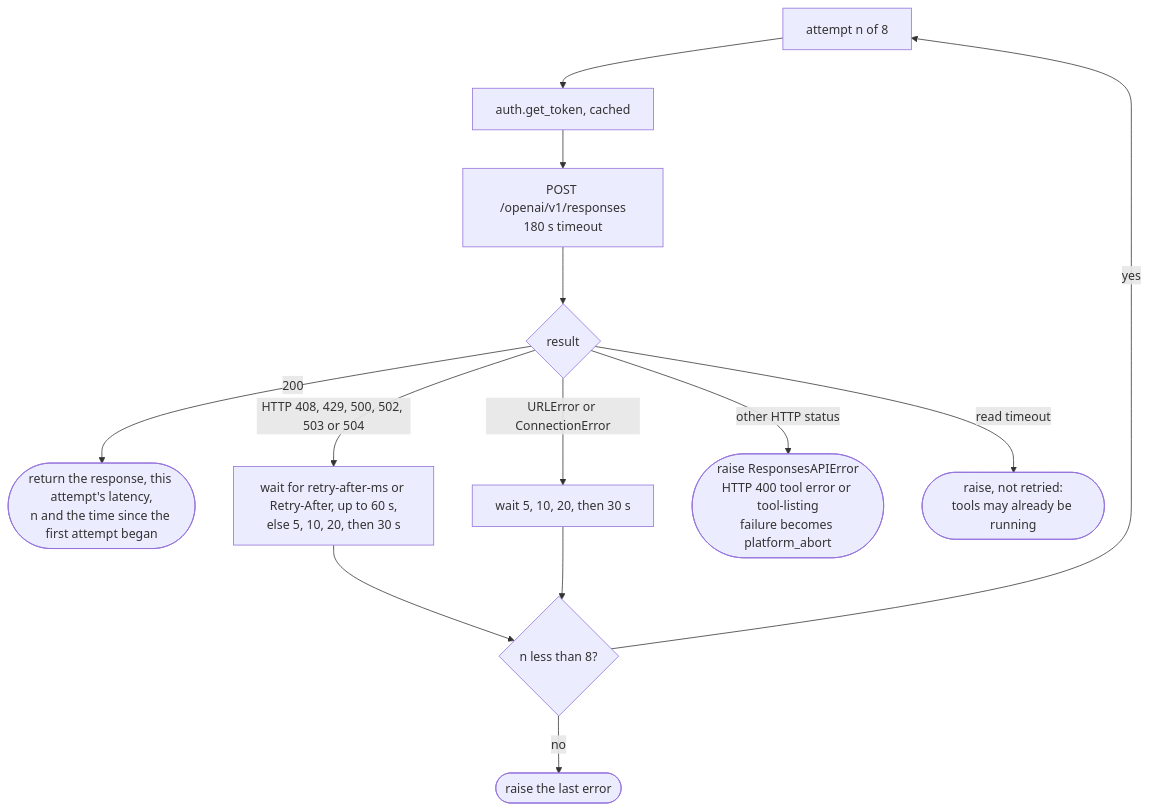
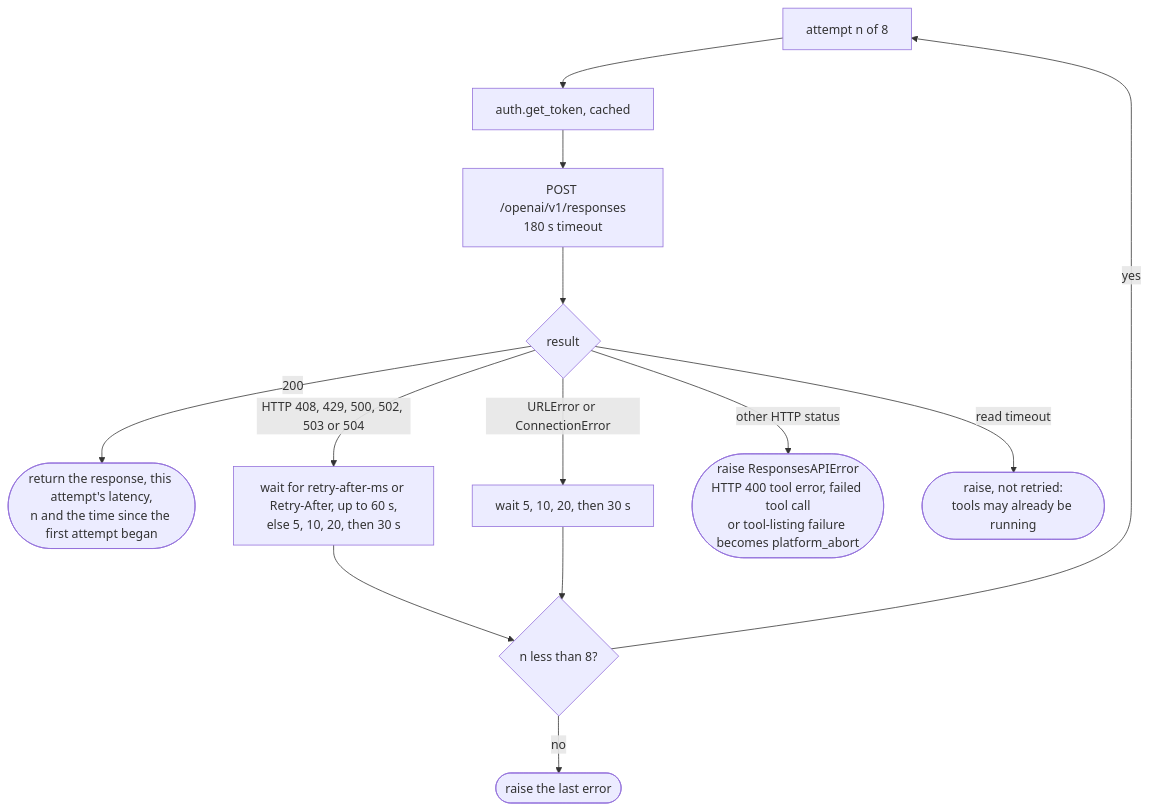
The tenth of 17 diagrams in docs/architecture.md (bradrlaw/foundryToolboxEval), drawn with Mermaid before and after one commit. The commit also changed other lines of this file and 9 other files, not shown here.

First line of the commit message:
Report failed tool calls as tool_call_failed; keep MCP servers warm

````diff
--- a/docs/architecture.md
+++ b/docs/architecture.md
@@ -509,14 +520,14 @@
 ```mermaid
 flowchart TD
     a["attempt n of 8"] --> tok["auth.get_token, cached"] --> post["POST /openai/v1/responses<br/>180 s timeout"]
     post --> r{"result"}
     r -->|"200"| ok(["return the response, this attempt's latency,<br/>n and the time since the first attempt began"])
     r -->|"HTTP 408, 429, 500, 502, 503 or 504"| hint["wait for retry-after-ms or Retry-After, up to 60 s,<br/>else 5, 10, 20, then 30 s"]
     r -->|"URLError or ConnectionError"| back["wait 5, 10, 20, then 30 s"]
-    r -->|"other HTTP status"| err(["raise ResponsesAPIError<br/>HTTP 400 tool error or tool-listing<br/>failure becomes platform_abort"])
+    r -->|"other HTTP status"| err(["raise ResponsesAPIError<br/>HTTP 400 tool error, failed tool call<br/>or tool-listing failure becomes platform_abort"])
     r -->|"read timeout"| tmo(["raise, not retried:<br/>tools may already be running"])
     hint --> more{"n less than 8?"}
     back --> more
     more -->|"yes"| a
     more -->|"no"| last(["raise the last error"])
 ```
````
